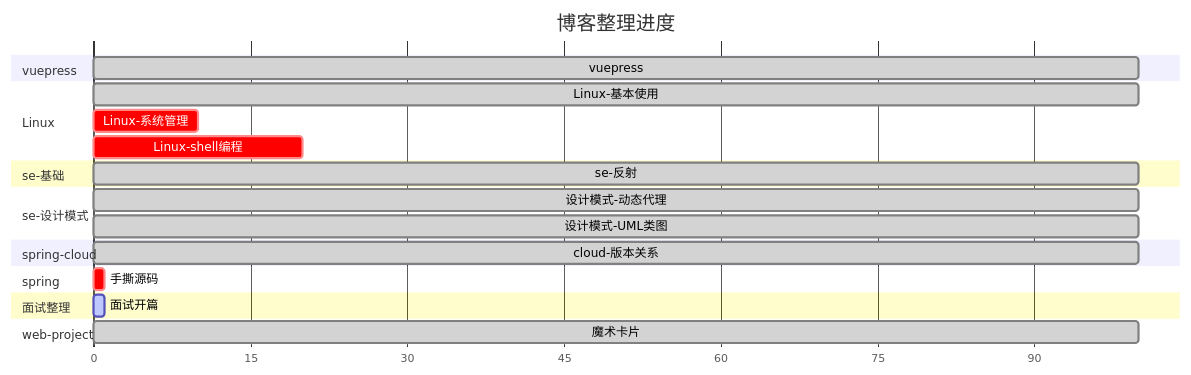
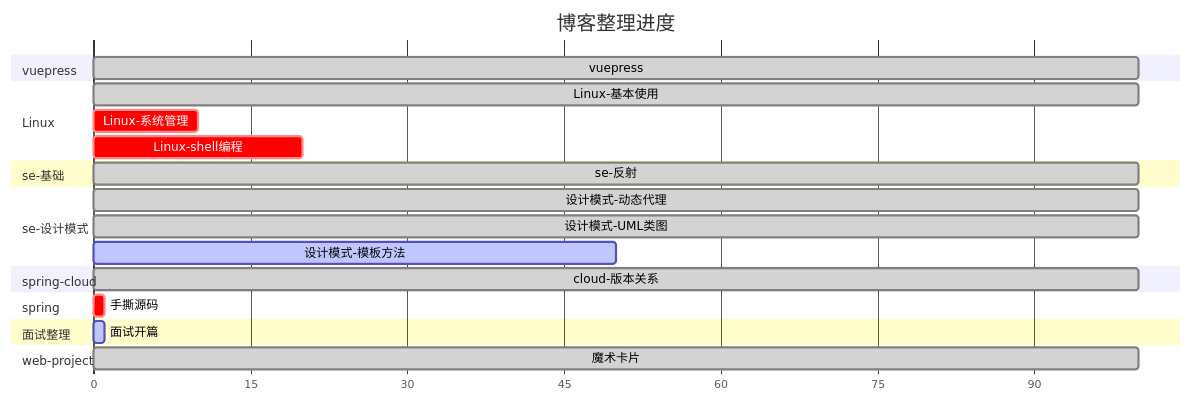
One commit to zs-mcu/docs changed the diagram in docs/README.md. Above: the diagram before and after it, drawn with Mermaid. The commit also changed 26 other files, not shown here.

Commit message:
plantUML

````diff
--- a/docs/README.md
+++ b/docs/README.md
@@ -31,27 +31,29 @@
 ```mermaid
 gantt
   title 博客整理进度
   dateFormat X
   axisFormat %s
   section vuepress
   vuepress        : done,0,100
   section Linux
   Linux-基本使用    : done,0,100
   Linux-系统管理    : crit,0,10
   Linux-shell编程   : crit,0,20
   section se-基础
   se-反射           :  done,0, 100
 
   section se-设计模式
   设计模式-动态代理   : done,0, 100
   设计模式-UML类图   : done,0,100
+  设计模式-模板方法   : active,0,50
+
 
   section spring-cloud
   cloud-版本关系    : done,0, 100
   section spring
   手撕源码          : crit,0, 1
   section 面试整理
   面试开篇          : active,0, 1
   section web-project
   魔术卡片          : done,0,100
 ```
````
